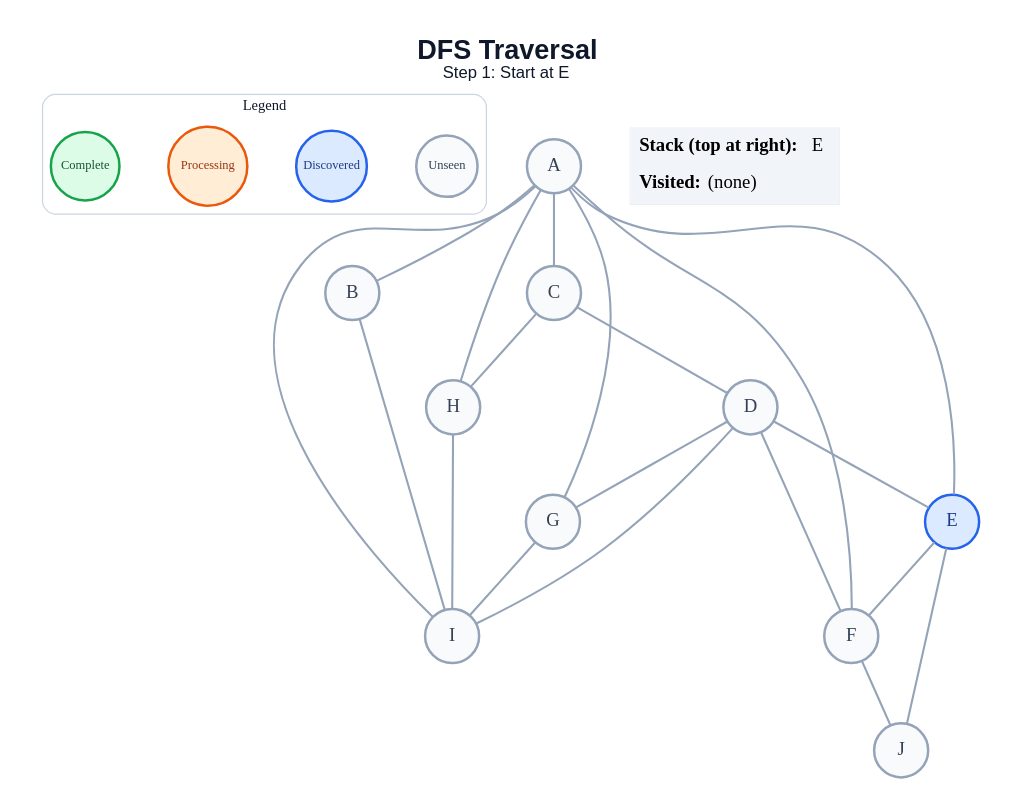
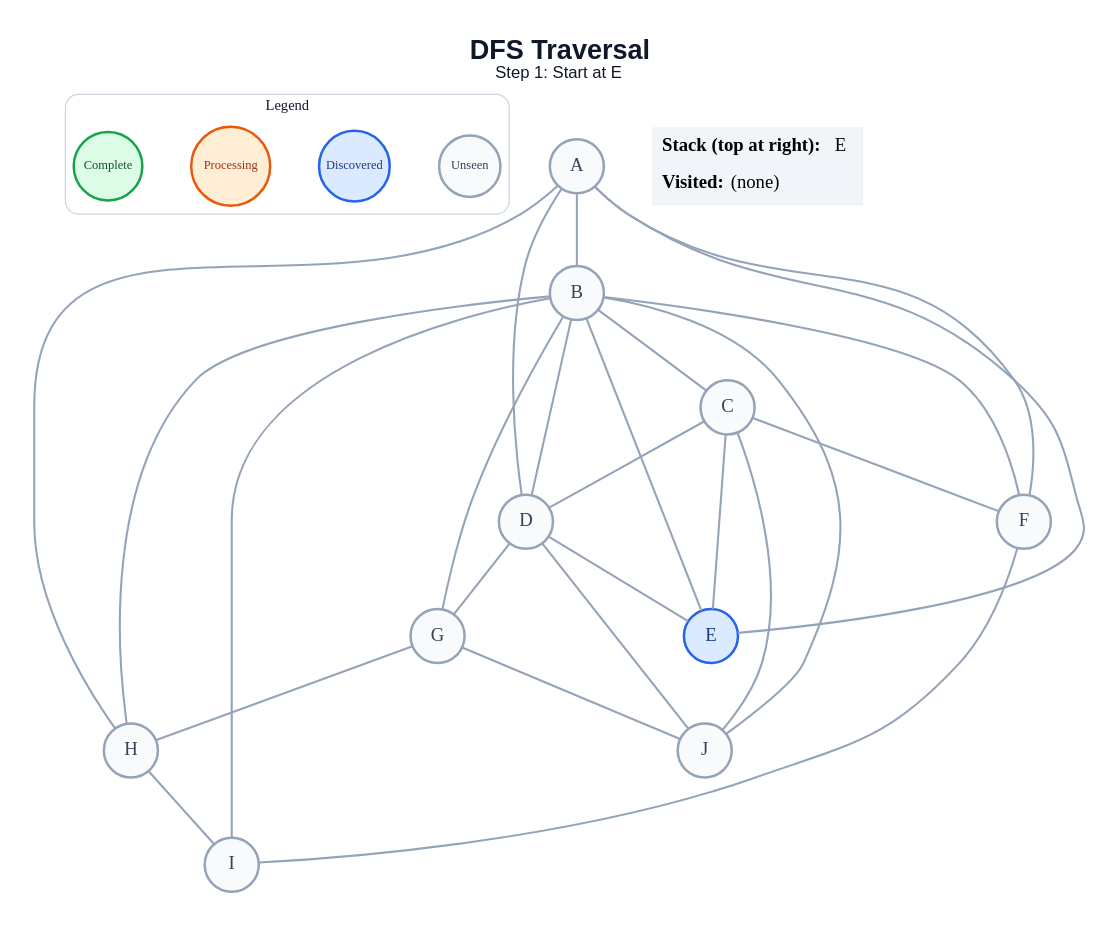
One commit to amanghodawala9/ai-slop changed the diagram in generated/specific-node/dfs/step_01.dot. Above: the diagram before and after it, drawn with Graphviz. The commit also changed 178 other files, not shown here.

```diff
--- a/generated/specific-node/dfs/step_01.dot
+++ b/generated/specific-node/dfs/step_01.dot
@@ -1,48 +1,53 @@
 graph traversal {
   graph [layout=dot, rankdir=TB, bgcolor="#FFFFFF", pad="0.35", nodesep="0.65", ranksep="0.8", fontname="Arial"];
   node [shape=circle, style="filled", fontname="Arial Bold", fontsize=18, width=0.72, fixedsize=true, penwidth=2.4];
   edge [color="#94A3B8", penwidth=2.0];
   label=<<B>DFS Traversal</B><BR/><FONT POINT-SIZE="16">Step 1: Start at E</FONT>>; labelloc="t"; fontsize=26; fontname="Arial"; fontcolor="#0F172A";
   subgraph cluster_legend { label="Legend"; color="#CBD5E1"; penwidth=1.2; style="rounded"; fontsize=14; fontname="Arial Bold";
     key_unseen [label="Unseen", fillcolor="#F8FAFC", color="#94A3B8", fontcolor="#334155", fontsize=12, width=0.82];
     key_frontier [label="Discovered", fillcolor="#DBEAFE", color="#2563EB", fontcolor="#1E3A8A", fontsize=12, width=0.95];
     key_current [label="Processing", fillcolor="#FFEDD5", color="#EA580C", fontcolor="#9A3412", fontsize=12, width=1.05];
     key_done [label="Complete", fillcolor="#DCFCE7", color="#16A34A", fontcolor="#14532D", fontsize=12, width=0.92];
     { rank=same; key_unseen; key_frontier; key_current; key_done; }
   }
   A [fillcolor="#F8FAFC", color="#94A3B8", fontcolor="#334155"];
   B [fillcolor="#F8FAFC", color="#94A3B8", fontcolor="#334155"];
   C [fillcolor="#F8FAFC", color="#94A3B8", fontcolor="#334155"];
   D [fillcolor="#F8FAFC", color="#94A3B8", fontcolor="#334155"];
   E [fillcolor="#DBEAFE", color="#2563EB", fontcolor="#1E3A8A"];
   F [fillcolor="#F8FAFC", color="#94A3B8", fontcolor="#334155"];
   G [fillcolor="#F8FAFC", color="#94A3B8", fontcolor="#334155"];
   H [fillcolor="#F8FAFC", color="#94A3B8", fontcolor="#334155"];
   I [fillcolor="#F8FAFC", color="#94A3B8", fontcolor="#334155"];
   J [fillcolor="#F8FAFC", color="#94A3B8", fontcolor="#334155"];
   A -- B;
-  A -- C;
+  A -- D;
   A -- E;
   A -- F;
-  A -- G;
   A -- H;
-  A -- I;
+  B -- C;
+  B -- D;
+  B -- E;
+  B -- F;
+  B -- G;
+  B -- H;
   B -- I;
+  B -- J;
   C -- D;
-  C -- H;
+  C -- E;
+  C -- F;
+  C -- J;
   D -- E;
-  D -- F;
   D -- G;
-  D -- I;
-  E -- F;
-  E -- J;
-  F -- J;
-  G -- I;
+  D -- J;
+  F -- I;
+  G -- H;
+  G -- J;
   H -- I;
   status [shape=plain, fixedsize=false, width=0, height=0, margin=0, label=<
     <TABLE BORDER="0" CELLBORDER="0" CELLPADDING="7" BGCOLOR="#F1F5F9">
       <TR><TD ALIGN="LEFT"><B>Stack (top at right):</B> E</TD></TR>
       <TR><TD ALIGN="LEFT"><B>Visited:</B> (none)</TD></TR>
     </TABLE>
   >];
 }
```
